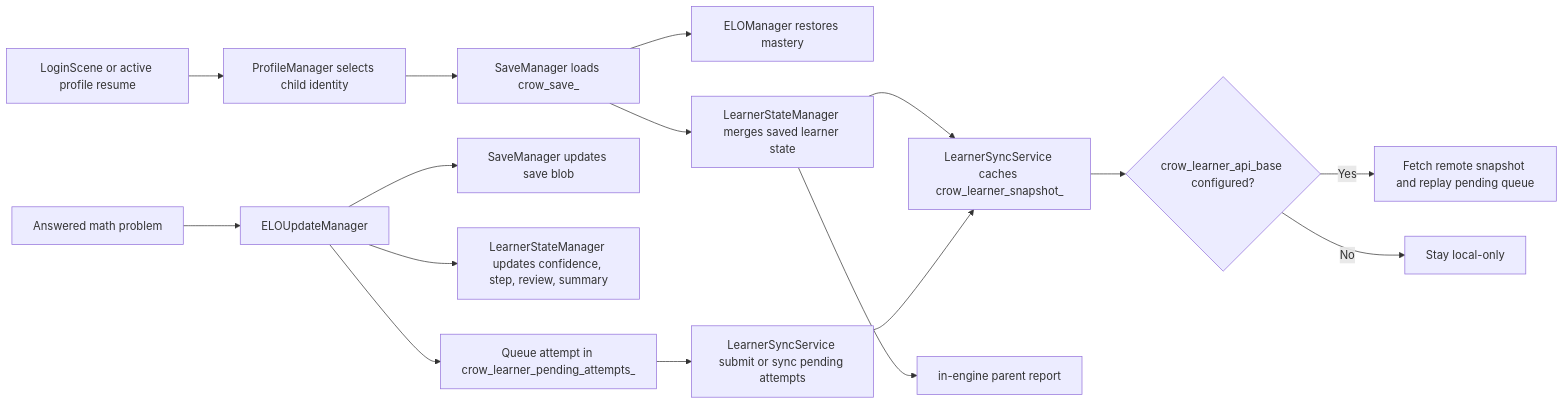
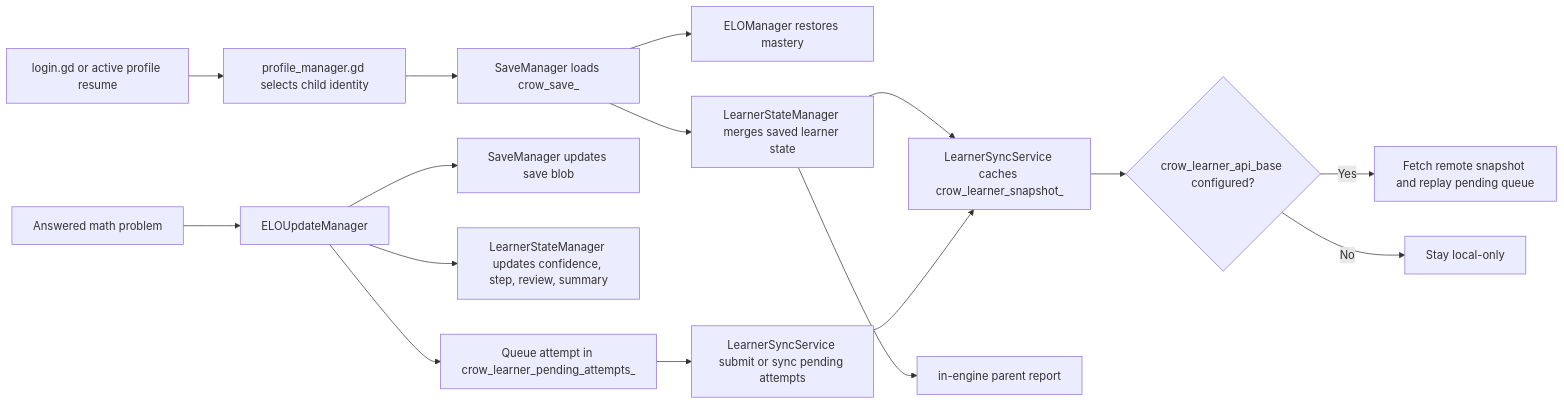
The diagram in docs/LEARNER_STATE_AND_SYNC_ARCHITECTURE.md (saemihemma/crowgame), drawn with Mermaid before and after one commit. The commit also changed other lines of this file and 21 other files, not shown here.

````diff
--- a/docs/LEARNER_STATE_AND_SYNC_ARCHITECTURE.md
+++ b/docs/LEARNER_STATE_AND_SYNC_ARCHITECTURE.md
@@ -29,21 +29,21 @@
 ```mermaid
 flowchart LR
-    Login["LoginScene or active profile resume"] --> Profile["ProfileManager selects child identity"]
+    Login["login.gd or active profile resume"] --> Profile["profile_manager.gd selects child identity"]
     Profile --> Save["SaveManager loads crow_save_<username>"]
     Save --> ELO["ELOManager restores mastery"]
     Save --> Learner["LearnerStateManager merges saved learner state"]
     Learner --> Cache["LearnerSyncService caches crow_learner_snapshot_<childId>"]
 
     Cache --> Remote{"crow_learner_api_base configured?"}
     Remote -- Yes --> Fetch["Fetch remote snapshot and replay pending queue"]
     Remote -- No --> Local["Stay local-only"]
 
     Answer["Answered math problem"] --> Update["ELOUpdateManager"]
     Update --> SaveWrite["SaveManager updates save blob"]
     Update --> LearnerWrite["LearnerStateManager updates confidence, step, review, summary"]
     Update --> Queue["Queue attempt in crow_learner_pending_attempts_<childId>"]
     Queue --> Submit["LearnerSyncService submit or sync pending attempts"]
     Submit --> Cache
 
     Learner --> Report["in-engine parent report"]
 ```
````
